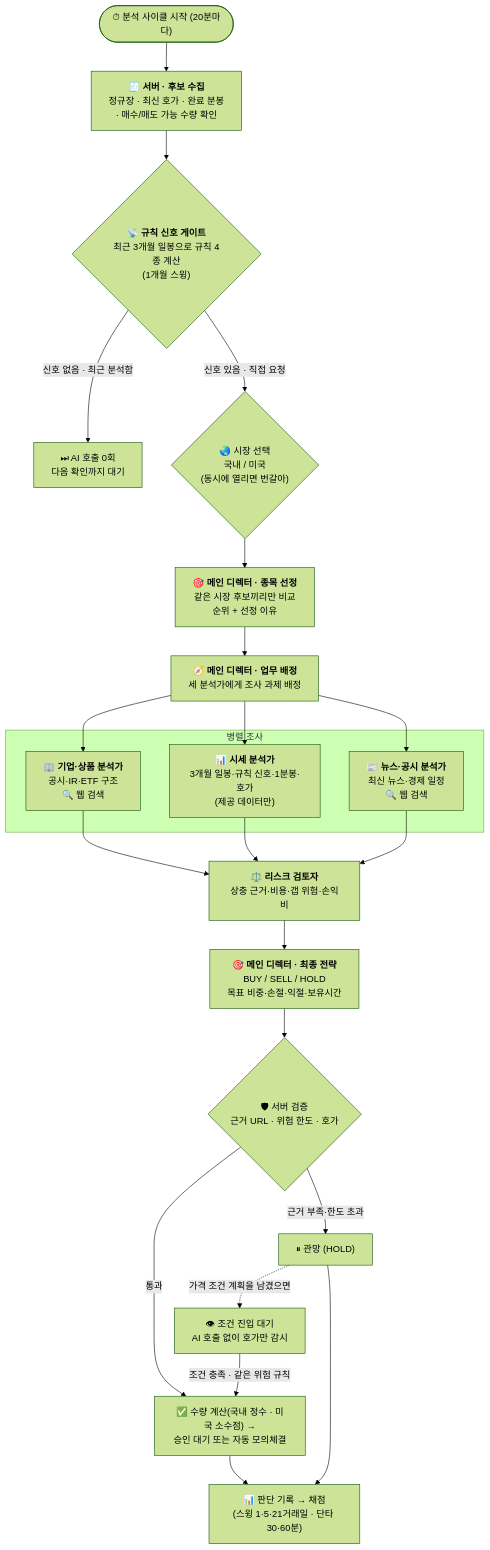
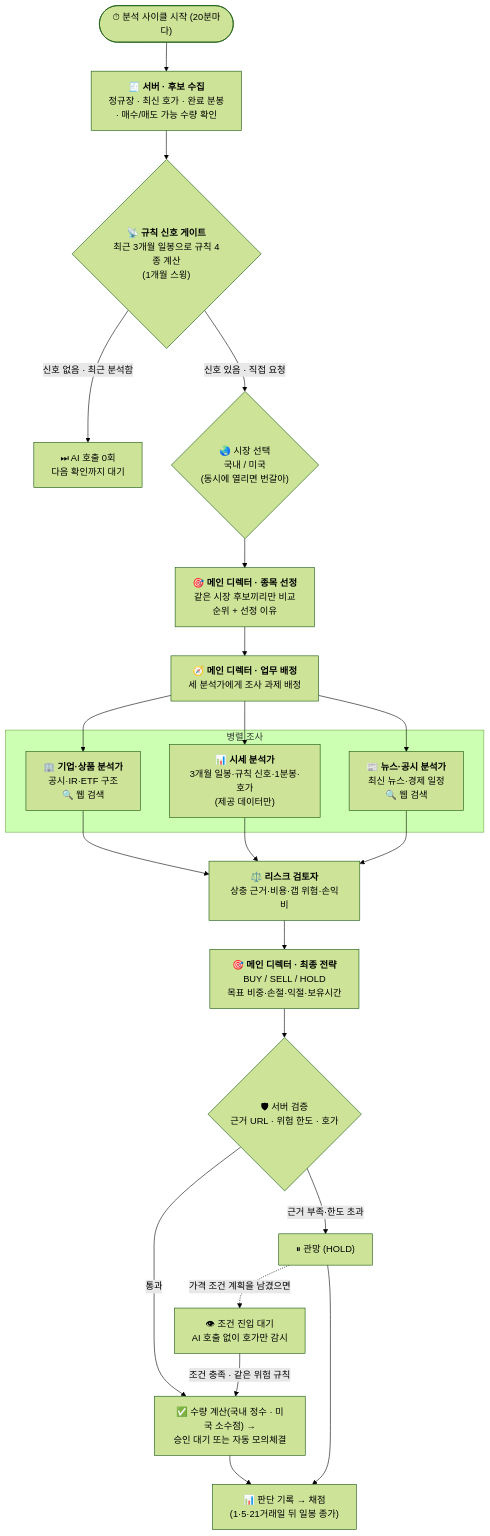
Before and after one commit to eshir0/stock-lab: the second of 10 diagrams in README.md, drawn with Mermaid (forest theme). The commit also changed other lines of this file and 9 other files, not shown here.

````diff
--- a/README.md
+++ b/README.md
@@ -153,24 +157,24 @@
 ```mermaid
 flowchart TD
     S(["⏱ 분석 사이클 시작 (20분마다)"]) --> CAND["🧾 <b>서버 · 후보 수집</b><br/>정규장 · 최신 호가 · 완료 분봉<br/>· 매수/매도 가능 수량 확인"]
     CAND --> GT{"📡 <b>규칙 신호 게이트</b><br/>최근 3개월 일봉으로 규칙 4종 계산<br/>(1개월 스윙)"}
     GT -->|"신호 없음 · 최근 분석함"| SKIP["⏭ AI 호출 0회<br/>다음 확인까지 대기"]
     GT -->|"신호 있음 · 직접 요청"| MK{"🌏 시장 선택<br/>국내 / 미국<br/>(동시에 열리면 번갈아)"}
     MK --> SEL["🎯 <b>메인 디렉터 · 종목 선정</b><br/>같은 시장 후보끼리만 비교<br/>순위 + 선정 이유"]
     SEL --> PL
     PL["🧭 <b>메인 디렉터 · 업무 배정</b><br/>세 분석가에게 조사 과제 배정"]
     PL --> F & T & N
     subgraph PAR["병렬 조사"]
         F["🏢 <b>기업·상품 분석가</b><br/>공시·IR·ETF 구조<br/>🔍 웹 검색"]
         T["📊 <b>시세 분석가</b><br/>3개월 일봉·규칙 신호·1분봉·호가<br/>(제공 데이터만)"]
         N["📰 <b>뉴스·공시 분석가</b><br/>최신 뉴스·경제 일정<br/>🔍 웹 검색"]
     end
     F & T & N --> C["⚖️ <b>리스크 검토자</b><br/>상충 근거·비용·갭 위험·손익비"]
     C --> D["🎯 <b>메인 디렉터 · 최종 전략</b><br/>BUY / SELL / HOLD<br/>목표 비중·손절·익절·보유시간"]
     D --> V{"🛡 서버 검증<br/>근거 URL · 위험 한도 · 호가"}
     V -->|통과| O["✅ 수량 계산(국내 정수 · 미국 소수점) →<br/>승인 대기 또는 자동 모의체결"]
     V -->|근거 부족·한도 초과| H["⏸ 관망 (HOLD)"]
-    O & H --> EV["📊 판단 기록 → 채점<br/>(스윙 1·5·21거래일 · 단타 30·60분)"]
+    O & H --> EV["📊 판단 기록 → 채점<br/>(1·5·21거래일 뒤 일봉 종가)"]
     H -.->|"가격 조건 계획을 남겼으면"| WT["👁 조건 진입 대기<br/>AI 호출 없이 호가만 감시"]
     WT -->|"조건 충족 · 같은 위험 규칙"| O
 ```
````
